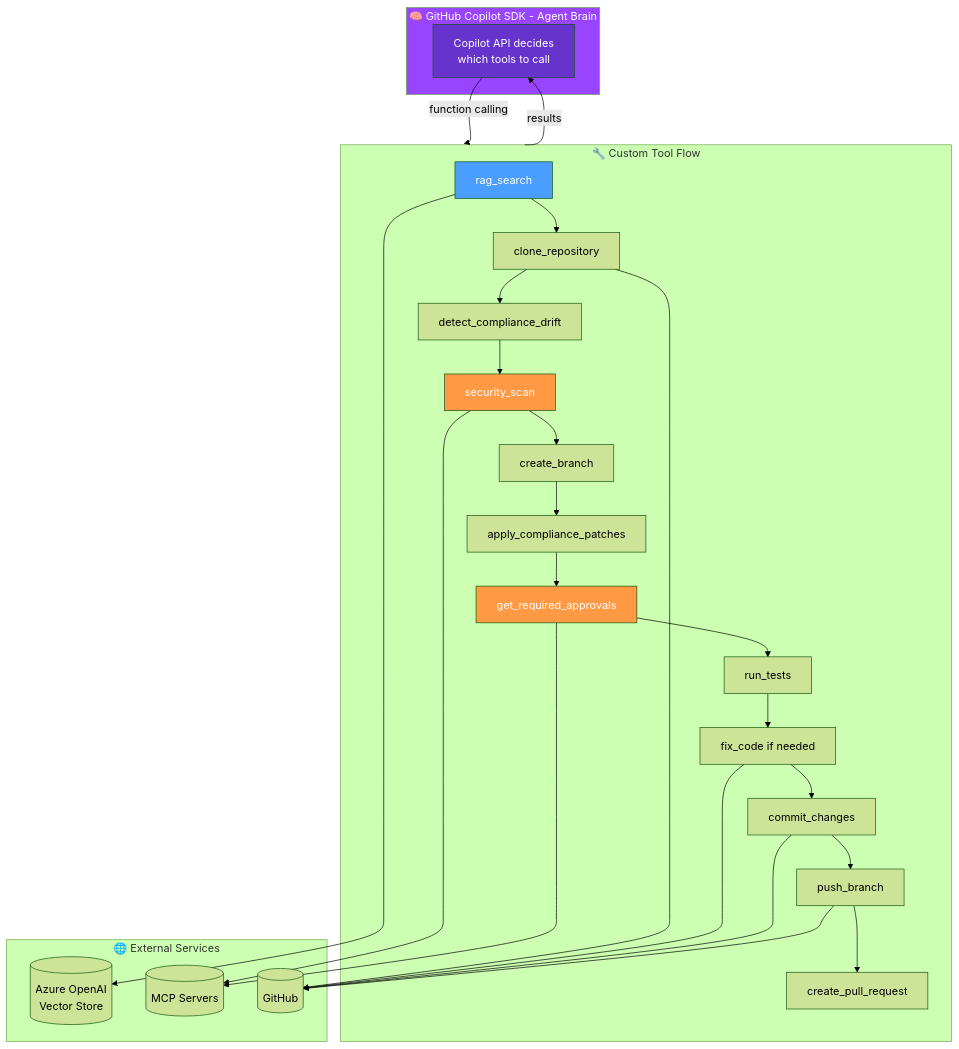
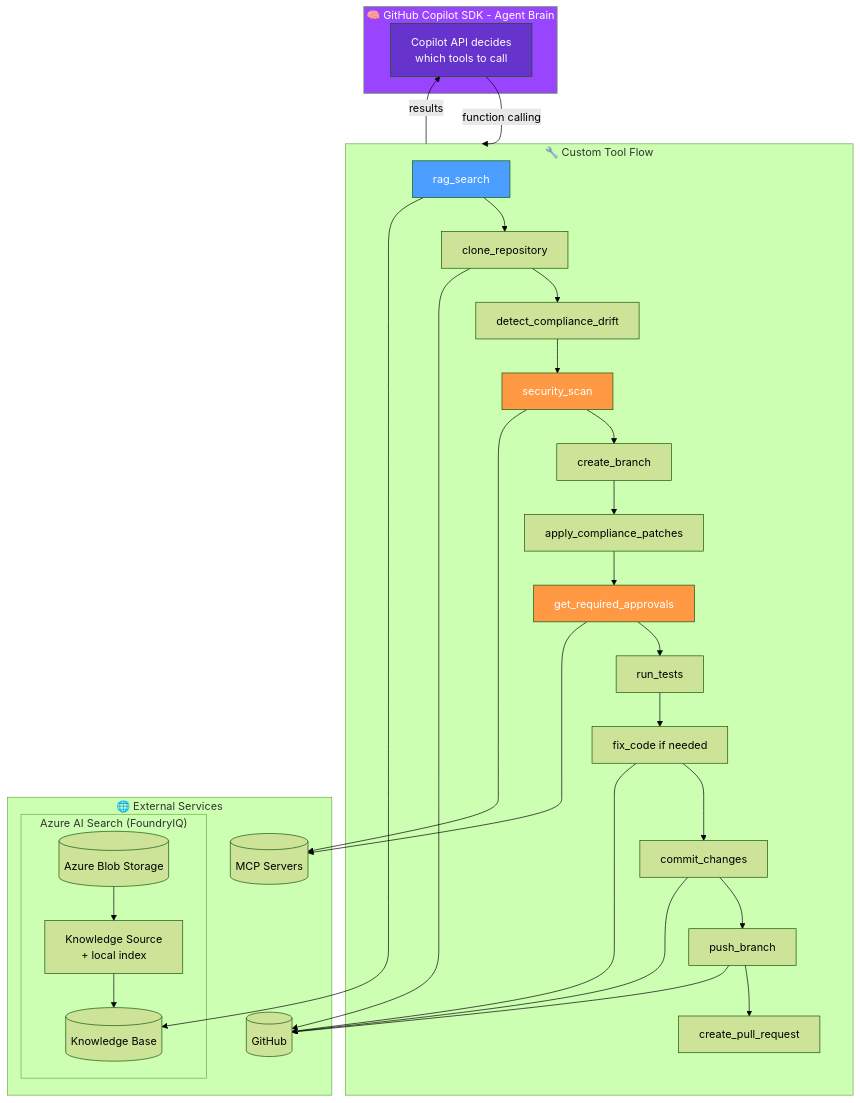
One commit to MSFT-Innovation-Hub-India/GHCP-CLI-SDK-PR-AUTOMATION changed the third of 5 diagrams in docs/ARCHITECTURE_FLOW.md. Above: the diagram before and after it, drawn with Mermaid (forest theme). The commit also changed other lines of this file and 7 other files, not shown here.

Commit message:
feat: migrate to Azure AI Search Knowledge Base for RAG, update documentation and environment configurations

````diff
--- a/docs/ARCHITECTURE_FLOW.md
+++ b/docs/ARCHITECTURE_FLOW.md
@@ -100,39 +105,44 @@
 ```mermaid
 flowchart TB
     subgraph SDK["🧠 GitHub Copilot SDK - Agent Brain"]
         LLM[Copilot API decides<br/>which tools to call]
     end
 
     subgraph Tools["🔧 Custom Tool Flow"]
         A[rag_search] --> B[clone_repository]
         B --> C[detect_compliance_drift]
         C --> D[security_scan]
         D --> E[create_branch]
         E --> F[apply_compliance_patches]
         F --> G[get_required_approvals]
         G --> H[run_tests]
         H --> I[fix_code if needed]
         I --> J[commit_changes]
         J --> K[push_branch]
         K --> L[create_pull_request]
     end
 
     subgraph External["🌐 External Services"]
-        RAG[(Azure OpenAI<br/>Vector Store)]
+        subgraph FoundryIQ["Azure AI Search (FoundryIQ)"]
+            BLOB2[(Azure Blob Storage)]
+            KS2[Knowledge Source<br/>+ local index]
+            RAG[(Knowledge Base)]
+            BLOB2 --> KS2 --> RAG
+        end
         MCP[(MCP Servers)]
         GH[(GitHub)]
     end
 
     LLM -->|function calling| Tools
     Tools -->|results| LLM
     
     A --> RAG
     D & G --> MCP
     B & I & J & K --> GH
 
     style SDK fill:#9944ff,color:white
     style LLM fill:#6633cc,color:white
     style A fill:#4a9eff,color:white
     style D fill:#ff9944,color:white
     style G fill:#ff9944,color:white
 ```
````
